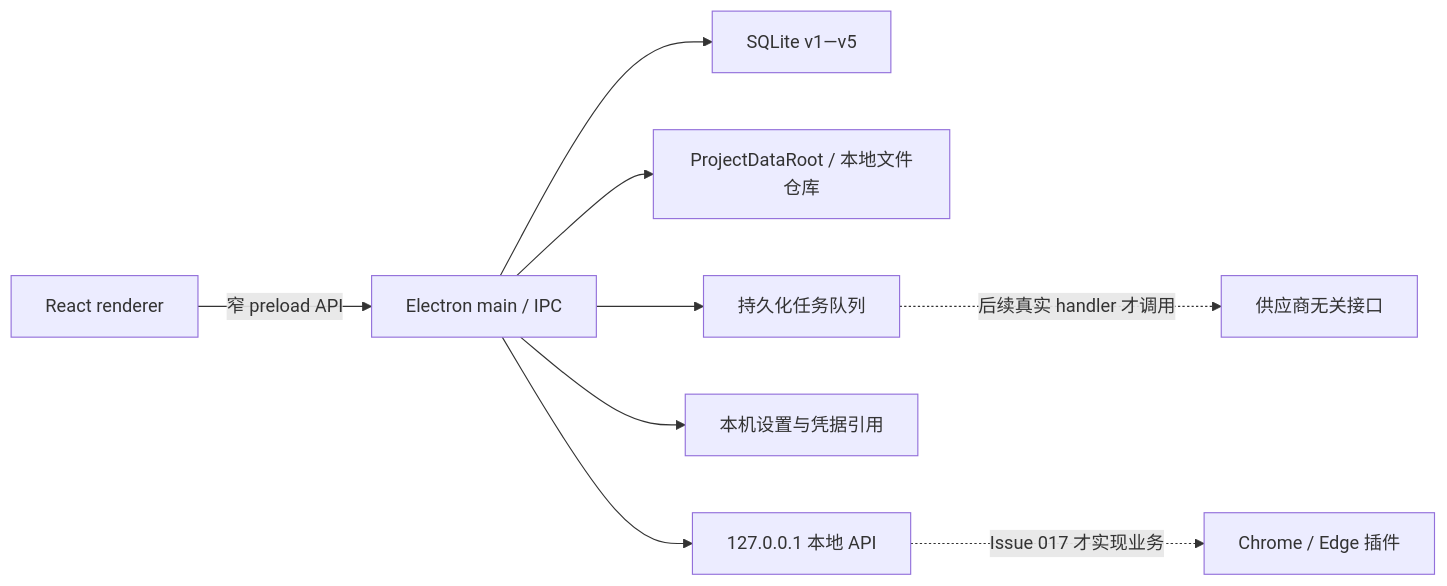
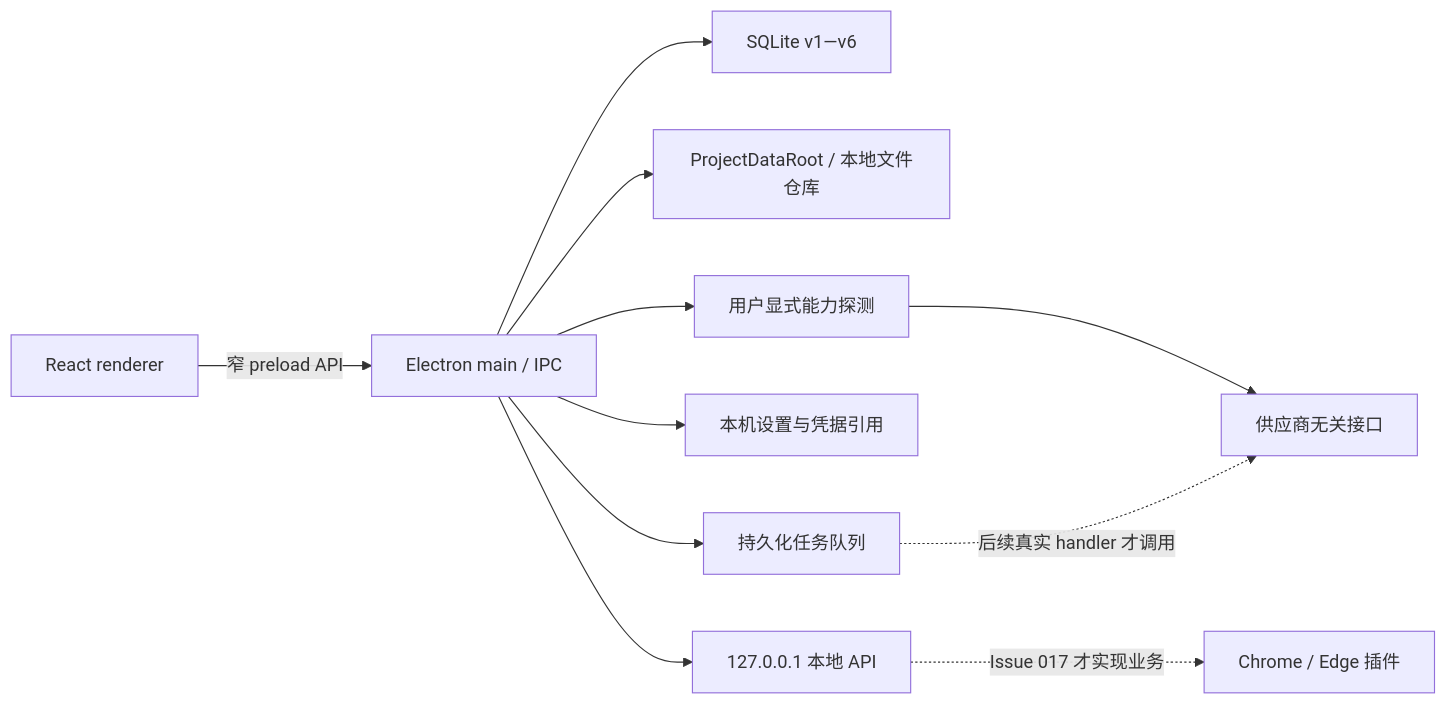
The diagram in README.md (KAtOReNA7/Rednote-Automated-Operation-Tool), drawn with Mermaid before and after one commit. The commit also changed other lines of this file and 76 other files, not shown here.

````diff
--- a/README.md
+++ b/README.md
@@ -126,11 +130,13 @@
 ```mermaid
 flowchart LR
     UI["React renderer"] -->|"窄 preload API"| IPC["Electron main / IPC"]
-    IPC --> DB["SQLite v1—v5"]
+    IPC --> DB["SQLite v1—v6"]
     IPC --> FS["ProjectDataRoot / 本地文件仓库"]
     IPC --> Queue["持久化任务队列"]
     IPC --> Settings["本机设置与凭据引用"]
     IPC --> API["127.0.0.1 本地 API"]
+    IPC --> Probe["用户显式能力探测"]
+    Probe --> Providers["供应商无关接口"]
     API -. "Issue 017 才实现业务" .-> Clipper["Chrome / Edge 插件"]
-    Queue -. "后续真实 handler 才调用" .-> Providers["供应商无关接口"]
+    Queue -. "后续真实 handler 才调用" .-> Providers
 ```
````
